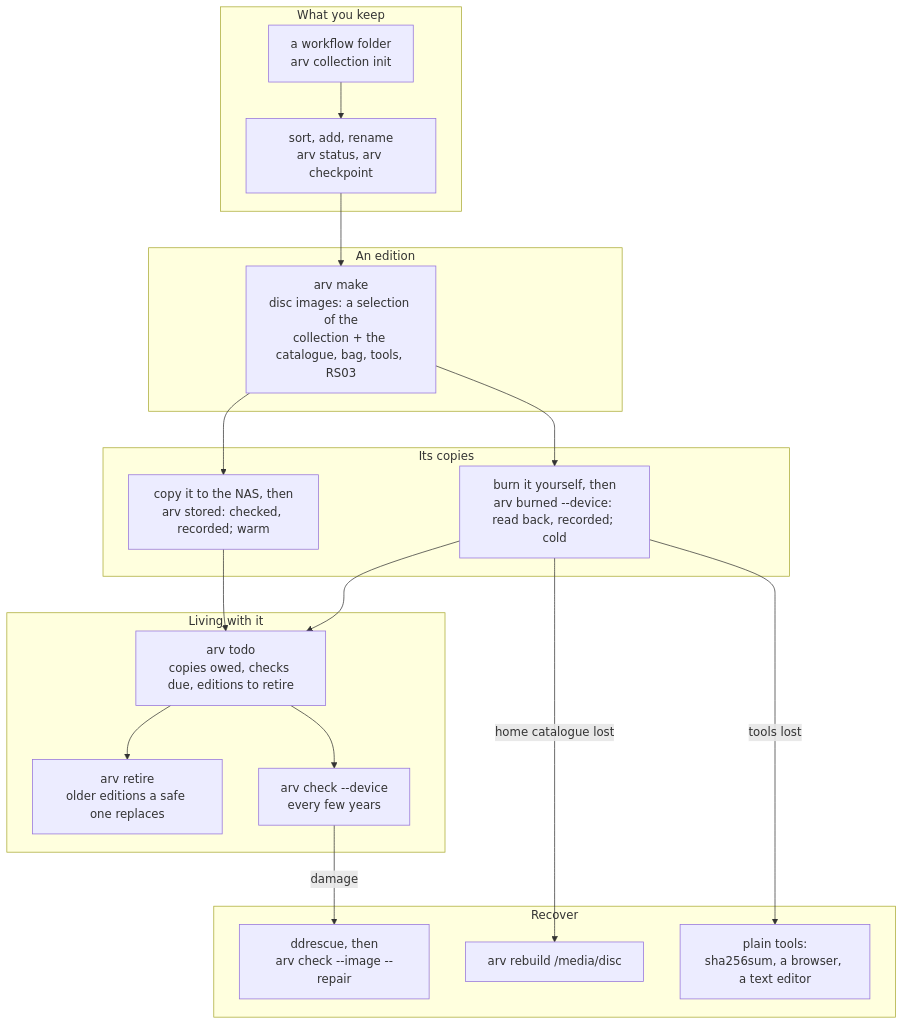
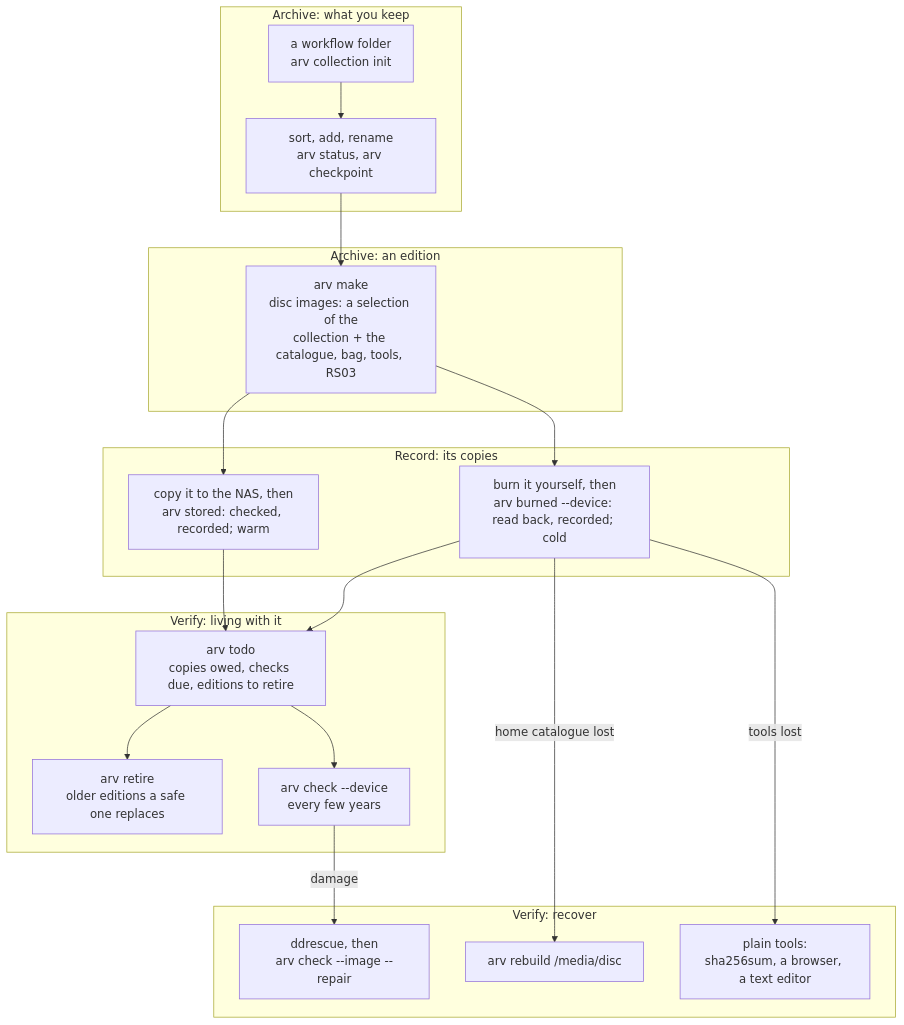
The diagram in docs/workflow.md (mofosyne/arv), drawn with Mermaid before and after one commit. The commit also changed other lines of this file and 7 other files, not shown here.

````diff
--- a/docs/workflow.md
+++ b/docs/workflow.md
@@ -21,24 +25,24 @@
 ```mermaid
 flowchart TD
-    subgraph keep [What you keep]
+    subgraph keep [Archive: what you keep]
         W[a workflow folder<br/>arv collection init] --> S[sort, add, rename<br/>arv status, arv checkpoint]
     end
-    subgraph make [An edition]
+    subgraph make [Archive: an edition]
         S --> M[arv make<br/>disc images: a selection of the<br/>collection + the catalogue, bag, tools, RS03]
     end
-    subgraph copies [Its copies]
+    subgraph copies [Record: its copies]
         M --> B[burn it yourself, then<br/>arv burned --device: read back, recorded; cold]
         M --> N[copy it to the NAS, then<br/>arv stored: checked, recorded; warm]
     end
-    subgraph live [Living with it]
+    subgraph live [Verify: living with it]
         B --> T[arv todo<br/>copies owed, checks due, editions to retire]
         N --> T
         T --> R[arv retire<br/>older editions a safe one replaces]
         T --> C[arv check --device<br/>every few years]
     end
-    subgraph recover [Recover]
+    subgraph recover [Verify: recover]
         C -- damage --> D[ddrescue, then<br/>arv check --image --repair]
         B -- home catalogue lost --> RB[arv rebuild /media/disc]
         B -- tools lost --> P[plain tools:<br/>sha256sum, a browser, a text editor]
     end
 ```
````
